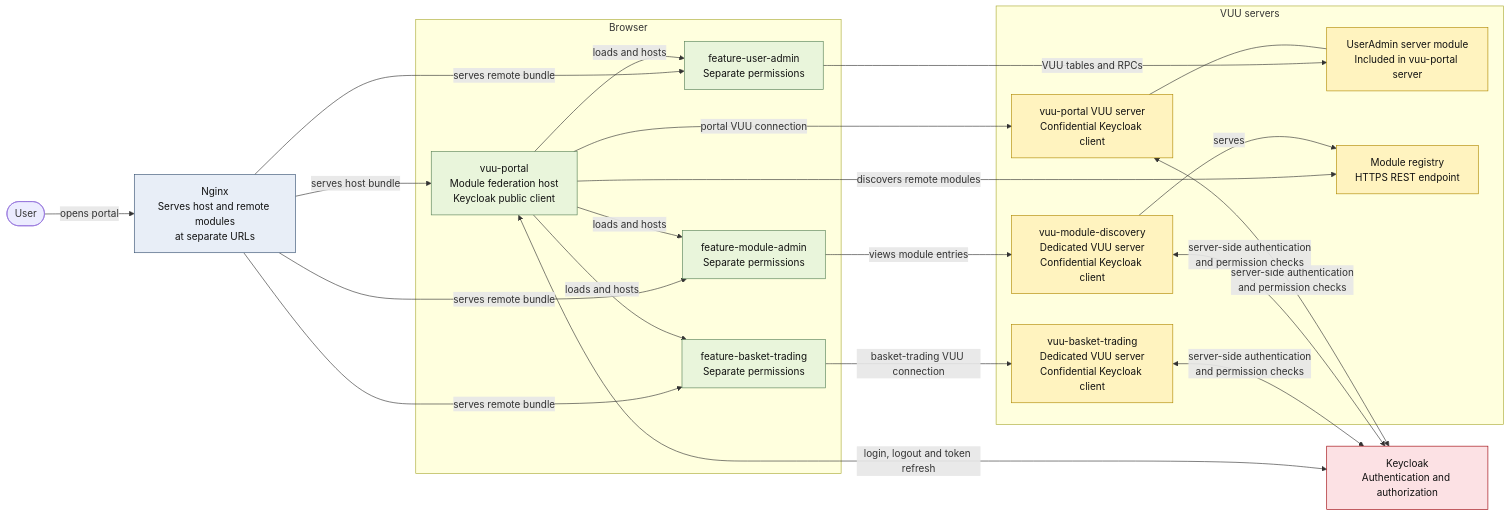
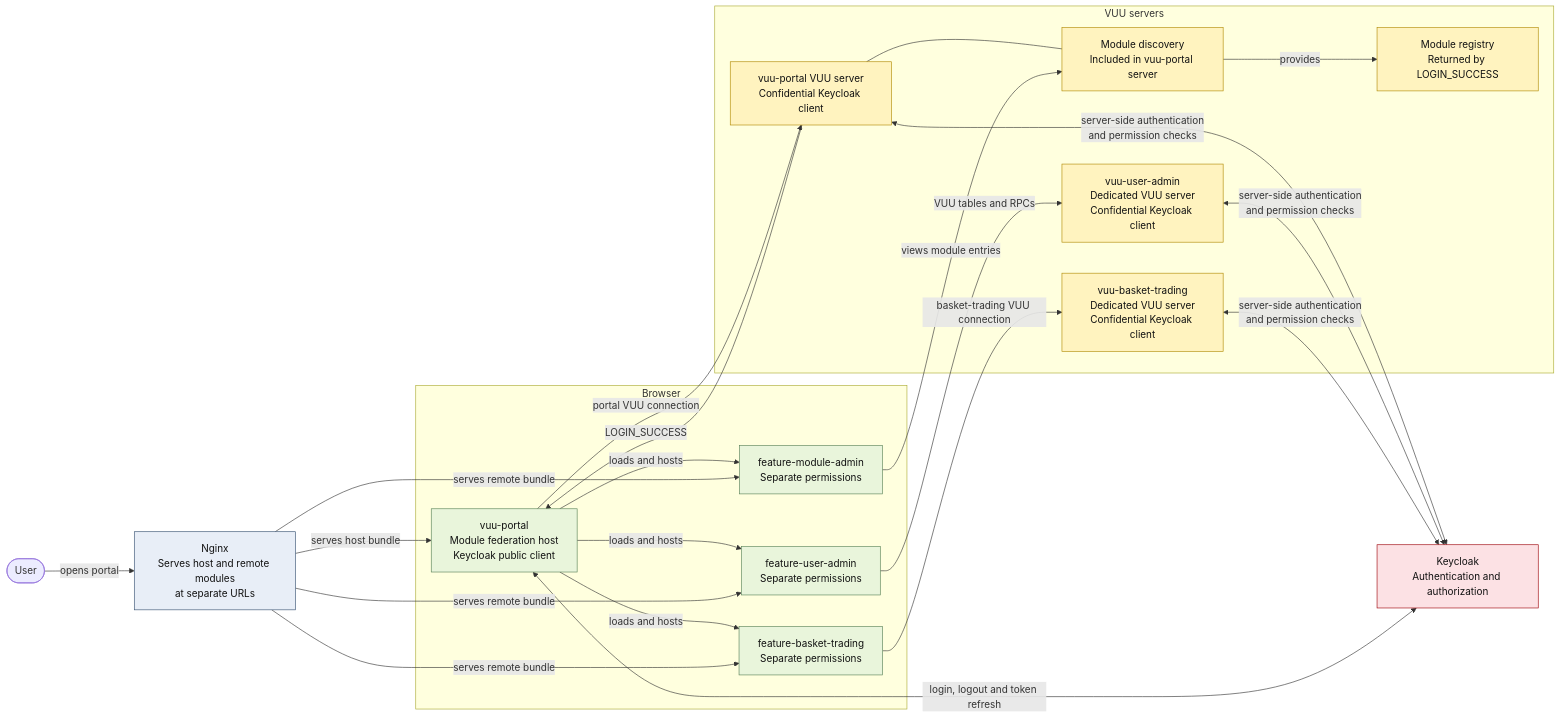
The diagram in vuu-ui/sample-apps/vuu-portal/docs/module-federation-architecture.md (finos/vuu), drawn with Mermaid before and after one commit. The commit also changed other lines of this file and 22 other files, not shown here.

First line of the commit message:
Refactor portal module discovery flow

````diff
--- a/vuu-ui/sample-apps/vuu-portal/docs/module-federation-architecture.md
+++ b/vuu-ui/sample-apps/vuu-portal/docs/module-federation-architecture.md
@@ -3,56 +3,56 @@
 ```mermaid
 flowchart LR
     user([User])
 
     subgraph browser["Browser"]
         portal["vuu-portal<br/>Module federation host<br/>Keycloak public client"]
         userAdmin["feature-user-admin<br/>Separate permissions"]
         moduleAdmin["feature-module-admin<br/>Separate permissions"]
         basketTrading["feature-basket-trading<br/>Separate permissions"]
 
         portal -->|loads and hosts| userAdmin
         portal -->|loads and hosts| moduleAdmin
         portal -->|loads and hosts| basketTrading
     end
 
     nginx["Nginx<br/>Serves host and remote modules<br/>at separate URLs"]
     keycloak["Keycloak<br/>Authentication and authorization"]
 
     subgraph servers["VUU servers"]
         portalServer["vuu-portal VUU server<br/>Confidential Keycloak client"]
-        userAdminModule["UserAdmin server module<br/>Included in vuu-portal server"]
-        discoveryServer["vuu-module-discovery<br/>Dedicated VUU server<br/>Confidential Keycloak client"]
-        registry["Module registry<br/>HTTPS REST endpoint"]
+        discoveryModule["Module discovery<br/>Included in vuu-portal server"]
+        registry["Module registry<br/>Returned by LOGIN_SUCCESS"]
+        userAdminServer["vuu-user-admin<br/>Dedicated VUU server<br/>Confidential Keycloak client"]
         basketServer["vuu-basket-trading<br/>Dedicated VUU server<br/>Confidential Keycloak client"]
 
-        portalServer --- userAdminModule
-        discoveryServer -->|serves| registry
+        portalServer --- discoveryModule
+        discoveryModule -->|provides| registry
     end
 
     user -->|opens portal| nginx
     nginx -->|serves host bundle| portal
     nginx -->|serves remote bundle| userAdmin
     nginx -->|serves remote bundle| moduleAdmin
     nginx -->|serves remote bundle| basketTrading
 
     portal <-->|login, logout and token refresh| keycloak
     portal -->|portal VUU connection| portalServer
-    userAdmin -->|VUU tables and RPCs| userAdminModule
-    moduleAdmin -->|views module entries| discoveryServer
+    userAdmin -->|VUU tables and RPCs| userAdminServer
+    moduleAdmin -->|views module entries| discoveryModule
     basketTrading -->|basket-trading VUU connection| basketServer
-    portal -->|discovers remote modules| registry
+    portalServer -->|LOGIN_SUCCESS| portal
 
     portalServer <-->|server-side authentication<br/>and permission checks| keycloak
-    discoveryServer <-->|server-side authentication<br/>and permission checks| keycloak
+    userAdminServer <-->|server-side authentication<br/>and permission checks| keycloak
     basketServer <-->|server-side authentication<br/>and permission checks| keycloak
 
     classDef infrastructure fill:#e8eef7,stroke:#355070,color:#111;
     classDef frontend fill:#e9f5db,stroke:#588157,color:#111;
     classDef backend fill:#fff3bf,stroke:#b08900,color:#111;
     classDef auth fill:#fce1e4,stroke:#9d0208,color:#111;
 
     class nginx infrastructure;
     class portal,userAdmin,moduleAdmin,basketTrading frontend;
-    class portalServer,userAdminModule,discoveryServer,registry,basketServer backend;
+    class portalServer,discoveryModule,userAdminServer,registry,basketServer backend;
     class keycloak auth;
 ```
````
